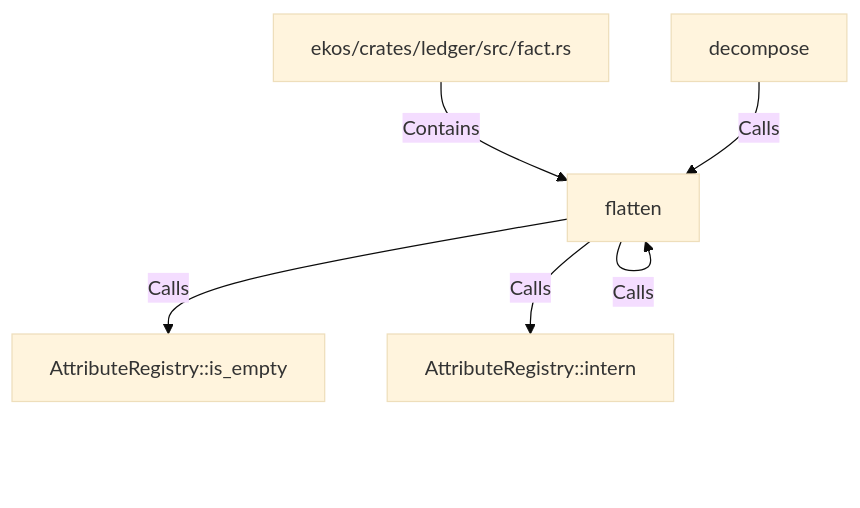
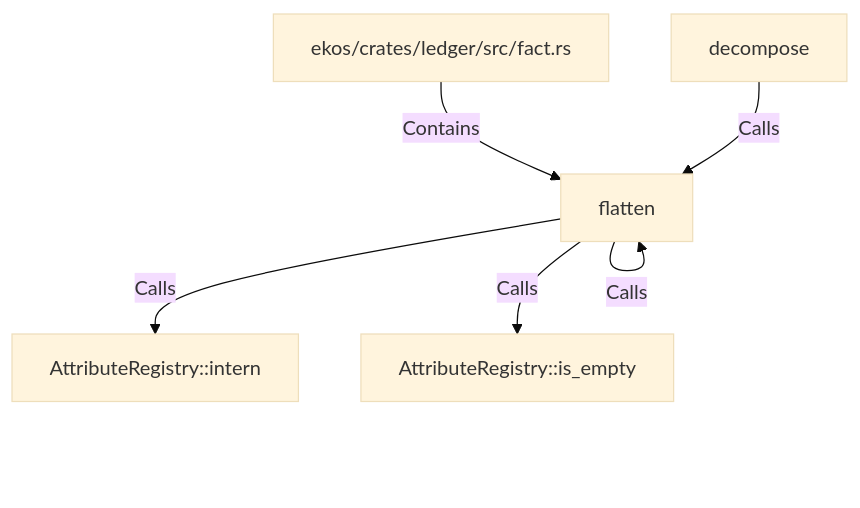
One commit to alexeyban/EKOS changed the diagram in doc/entities/rustsymbol/fl/flatten.md. Above: the diagram before and after it, drawn with Mermaid (base theme). The commit also changed other lines of this file and 552 other files, not shown here.

````diff
--- a/doc/entities/rustsymbol/fl/flatten.md
+++ b/doc/entities/rustsymbol/fl/flatten.md
@@ -24,13 +24,13 @@
 ```mermaid
 graph TD
     nbf6d717e62f85503b991dc1cf3358b97["flatten"]
     n7837f9fa71785151a068e75361336c37["ekos/crates/ledger/src/fact.rs"]
     n7837f9fa71785151a068e75361336c37 -->|Contains| nbf6d717e62f85503b991dc1cf3358b97
     na37fe3f94d7a596db18fe9d9d4931c36["decompose"]
     na37fe3f94d7a596db18fe9d9d4931c36 -->|Calls| nbf6d717e62f85503b991dc1cf3358b97
+    n1f29bac1ffa95110bbe26742ce05b657["AttributeRegistry::intern"]
+    nbf6d717e62f85503b991dc1cf3358b97 -->|Calls| n1f29bac1ffa95110bbe26742ce05b657
+    nbf6d717e62f85503b991dc1cf3358b97 -->|Calls| nbf6d717e62f85503b991dc1cf3358b97
     n9cdd0396a4a65ba7b14240240858e67e["AttributeRegistry::is_empty"]
     nbf6d717e62f85503b991dc1cf3358b97 -->|Calls| n9cdd0396a4a65ba7b14240240858e67e
-    nbf6d717e62f85503b991dc1cf3358b97 -->|Calls| nbf6d717e62f85503b991dc1cf3358b97
-    n1f29bac1ffa95110bbe26742ce05b657["AttributeRegistry::intern"]
-    nbf6d717e62f85503b991dc1cf3358b97 -->|Calls| n1f29bac1ffa95110bbe26742ce05b657
 ```
````
